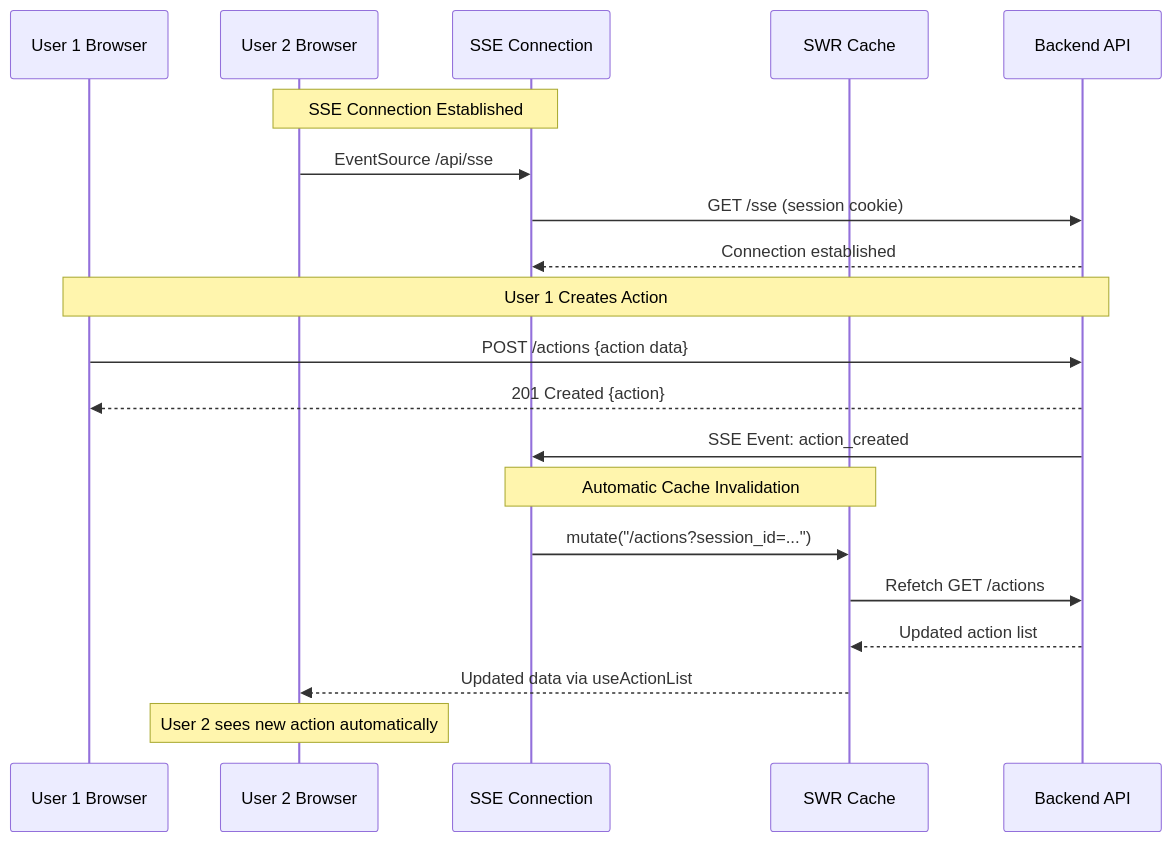
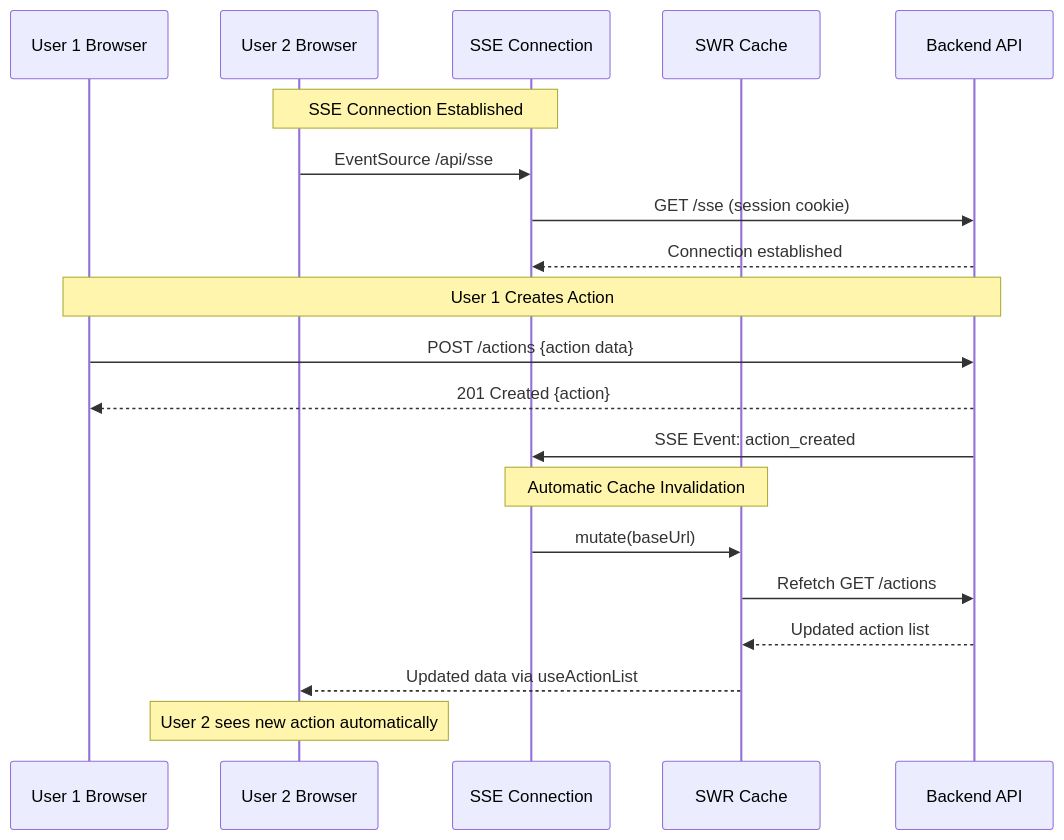
The second of 2 diagrams in docs/implementation-plans/sse-communication.md (refactor-group/refactor-platform-fe), drawn with Mermaid before and after one commit. The commit also changed other lines of this file, not shown here.

Commit message:
more sse plan updates

````diff
--- a/docs/implementation-plans/sse-communication.md
+++ b/docs/implementation-plans/sse-communication.md
@@ -57,26 +57,26 @@
 ```mermaid
 sequenceDiagram
     participant User1 as User 1 Browser
     participant User2 as User 2 Browser
     participant SSE as SSE Connection
     participant Cache as SWR Cache
     participant Backend as Backend API
 
     Note over User2,SSE: SSE Connection Established
     User2->>SSE: EventSource /api/sse
     SSE->>Backend: GET /sse (session cookie)
     Backend-->>SSE: Connection established
 
     Note over User1,Backend: User 1 Creates Action
     User1->>Backend: POST /actions {action data}
     Backend-->>User1: 201 Created {action}
     Backend->>SSE: SSE Event: action_created
 
     Note over SSE,Cache: Automatic Cache Invalidation
-    SSE->>Cache: mutate("/actions?session_id=...")
+    SSE->>Cache: mutate(baseUrl)
     Cache->>Backend: Refetch GET /actions
     Backend-->>Cache: Updated action list
     Cache-->>User2: Updated data via useActionList
 
     Note over User2: User 2 sees new action automatically
 ```
````
